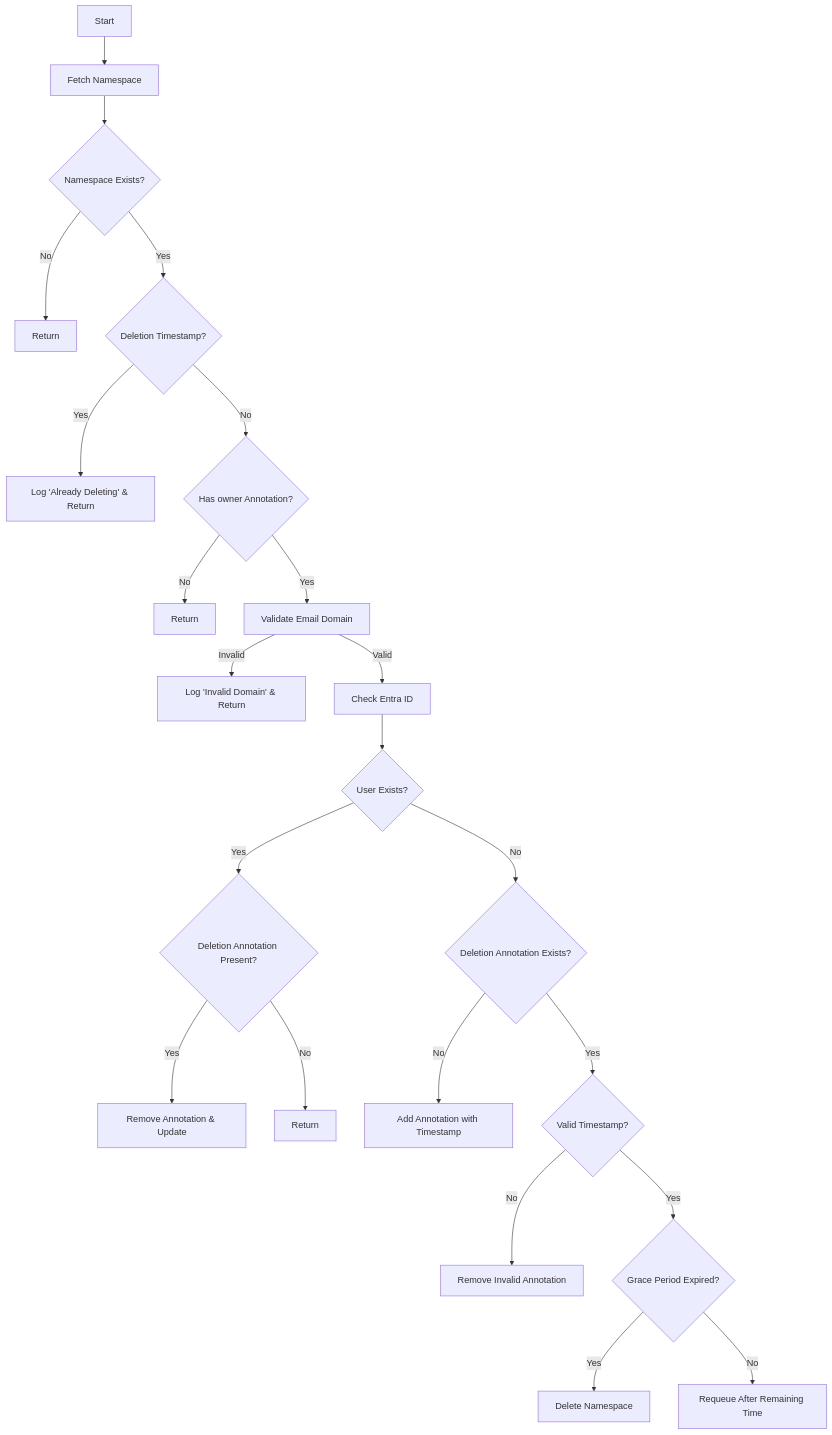
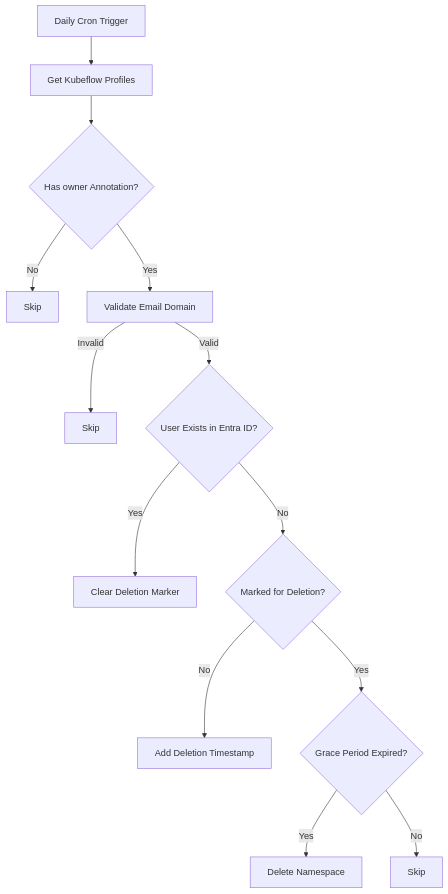
One commit to bryanpaget/namespace-auditor changed the diagram in README.md. Above: the diagram before and after it, drawn with Mermaid. The commit also changed other lines of this file and 14 other files, not shown here.

````diff
--- a/README.md
+++ b/README.md
@@ -168,24 +5,15 @@
-``` mermaid
+```mermaid
 flowchart TD
-    A[Start] --> B[Fetch Namespace]
-    B --> C{Namespace Exists?}
-    C -->|No| D[Return]
-    C -->|Yes| E{Deletion Timestamp?}
-    E -->|Yes| F[Log 'Already Deleting' & Return]
-    E -->|No| G{Has owner Annotation?}
-    G -->|No| H[Return]
-    G -->|Yes| I[Validate Email Domain]
-    I -->|Invalid| J[Log 'Invalid Domain' & Return]
-    I -->|Valid| K[Check Entra ID]
-    K --> L{User Exists?}
-    L -->|Yes| M{Deletion Annotation Present?}
-    M -->|Yes| N[Remove Annotation & Update]
-    M -->|No| O[Return]
-    L -->|No| P{Deletion Annotation Exists?}
-    P -->|No| Q[Add Annotation with Timestamp]
-    P -->|Yes| R{Valid Timestamp?}
-    R -->|No| S[Remove Invalid Annotation]
-    R -->|Yes| T{Grace Period Expired?}
-    T -->|Yes| U[Delete Namespace]
-    T -->|No| V[Requeue After Remaining Time]
+    A[Daily Cron Trigger] --> B[Get Kubeflow Profiles]
+    B --> C{Has owner Annotation?}
+    C -->|No| D[Skip]
+    C -->|Yes| E[Validate Email Domain]
+    E -->|Invalid| F[Skip]
+    E -->|Valid| G{User Exists in Entra ID?}
+    G -->|Yes| H[Clear Deletion Marker]
+    G -->|No| I{Marked for Deletion?}
+    I -->|No| J[Add Deletion Timestamp]
+    I -->|Yes| K{Grace Period Expired?}
+    K -->|Yes| L[Delete Namespace]
+    K -->|No| M[Skip]
 ```
````
